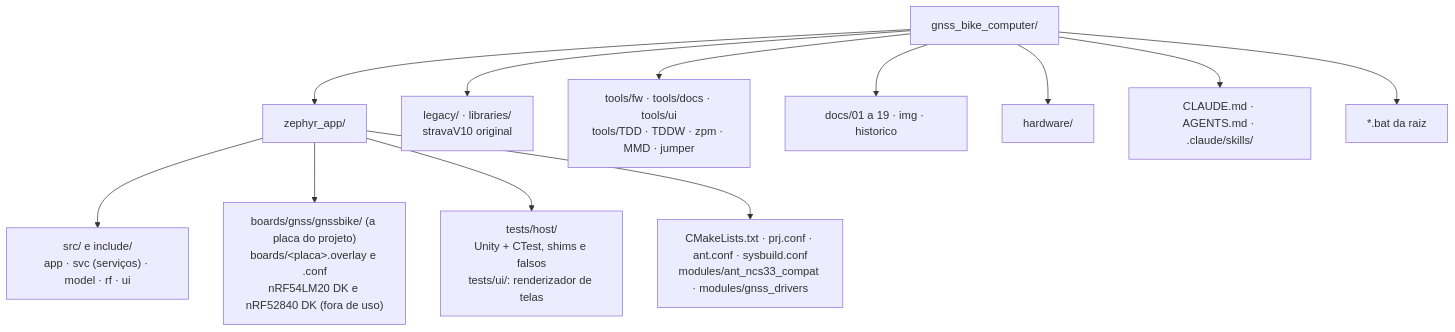
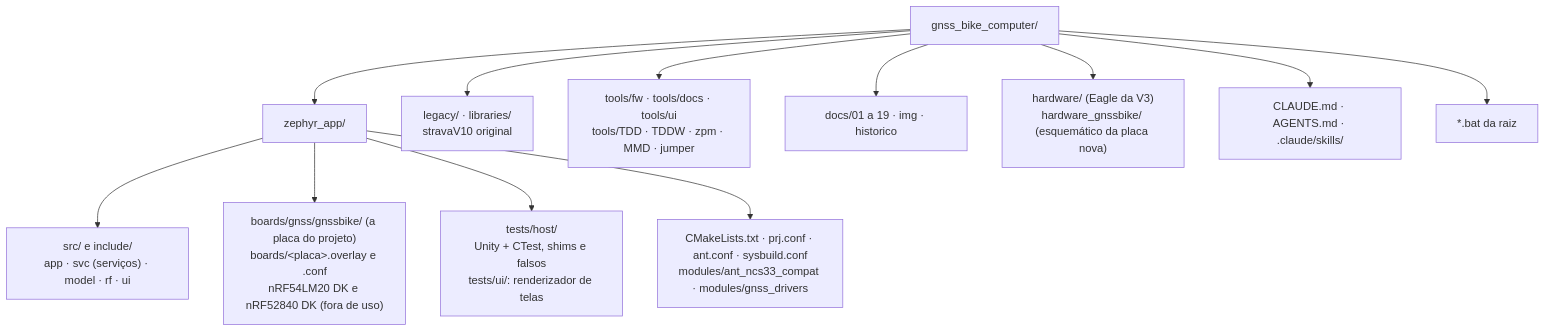
Before and after one commit to Guiimartinho/gnss-bike-computer: the first of 2 diagrams in CLAUDE.md, drawn with Mermaid. The commit also changed other lines of this file and 8 other files, not shown here.

First line of the commit message:
feat(hardware): the schematic of the board, and the dry-run that took it apart

````diff
--- a/CLAUDE.md
+++ b/CLAUDE.md
@@ -58,15 +59,15 @@
 ```mermaid
 flowchart TB
     ROOT["gnss_bike_computer/"]
     ROOT --> ZA["zephyr_app/"]
     ZA --> ZS["src/ e include/<br/>app · svc (serviços) · model · rf · ui"]
     ZA --> ZB["boards/gnss/gnssbike/ (a placa do projeto)<br/>boards/&lt;placa&gt;.overlay e .conf<br/>nRF54LM20 DK e nRF52840 DK (fora de uso)"]
     ZA --> ZT["tests/host/<br/>Unity + CTest, shims e falsos<br/>tests/ui/: renderizador de telas"]
     ZA --> ZC["CMakeLists.txt · prj.conf · ant.conf · sysbuild.conf<br/>modules/ant_ncs33_compat · modules/gnss_drivers"]
     ROOT --> LEG["legacy/ · libraries/<br/>stravaV10 original"]
     ROOT --> TOOLS["tools/fw · tools/docs · tools/ui<br/>tools/TDD · TDDW · zpm · MMD · jumper"]
     ROOT --> DOCS["docs/01 a 19 · img · historico"]
-    ROOT --> HW["hardware/"]
+    ROOT --> HW["hardware/ (Eagle da V3)<br/>hardware_gnssbike/ (esquemático da placa nova)"]
     ROOT --> AI["CLAUDE.md · AGENTS.md · .claude/skills/"]
     ROOT --> BAT["*.bat da raiz"]
 ```
````
